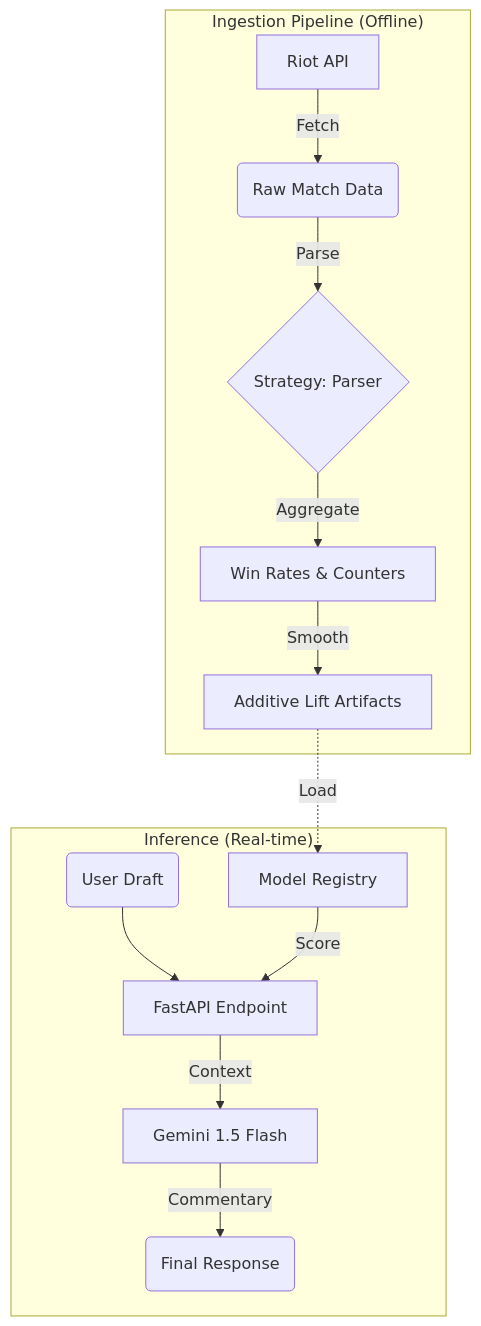
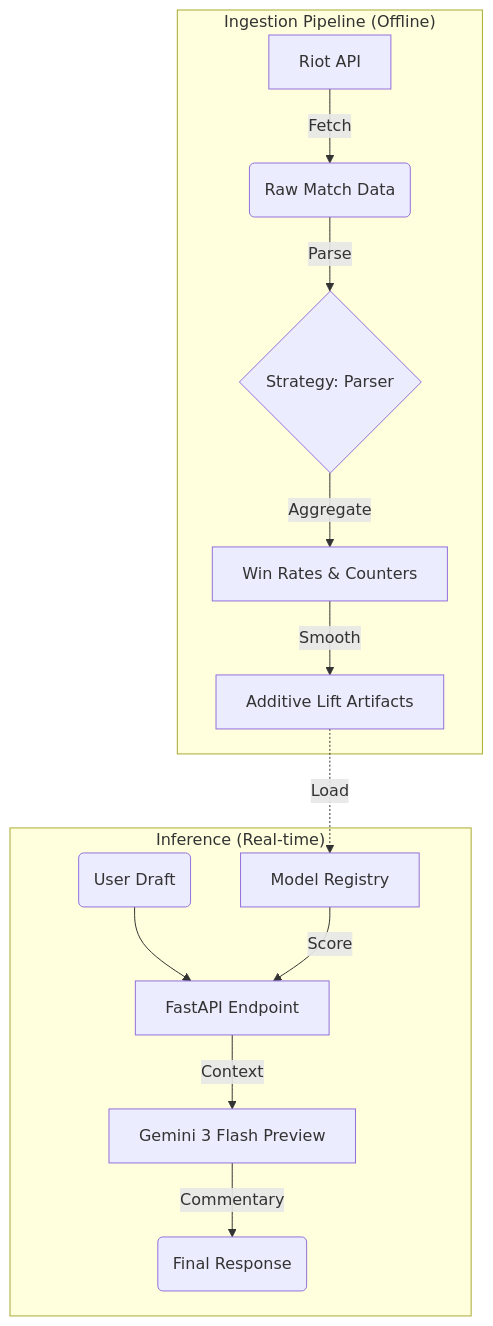
The diagram in README.md (YoussefSamaan/LoL-Coach), drawn with Mermaid before and after one commit.

Commit message:
Update the version of Gemini

````diff
--- a/README.md
+++ b/README.md
@@ -84,17 +84,17 @@
 ```mermaid
 graph TD
     subgraph "Ingestion Pipeline (Offline)"
         A[Riot API] -->|Fetch| B(Raw Match Data)
         B -->|Parse| C{Strategy: Parser}
         C -->|Aggregate| D[Win Rates & Counters]
         D -->|Smooth| E[Additive Lift Artifacts]
     end
 
     subgraph "Inference (Real-time)"
         req(User Draft) --> API[FastAPI Endpoint]
         E -.->|Load| Model[Model Registry]
         Model -->|Score| API
-        API -->|Context| Gemini[Gemini 1.5 Flash]
+        API -->|Context| Gemini[Gemini 3 Flash Preview]
         Gemini -->|Commentary| res(Final Response)
     end
 ```
````
